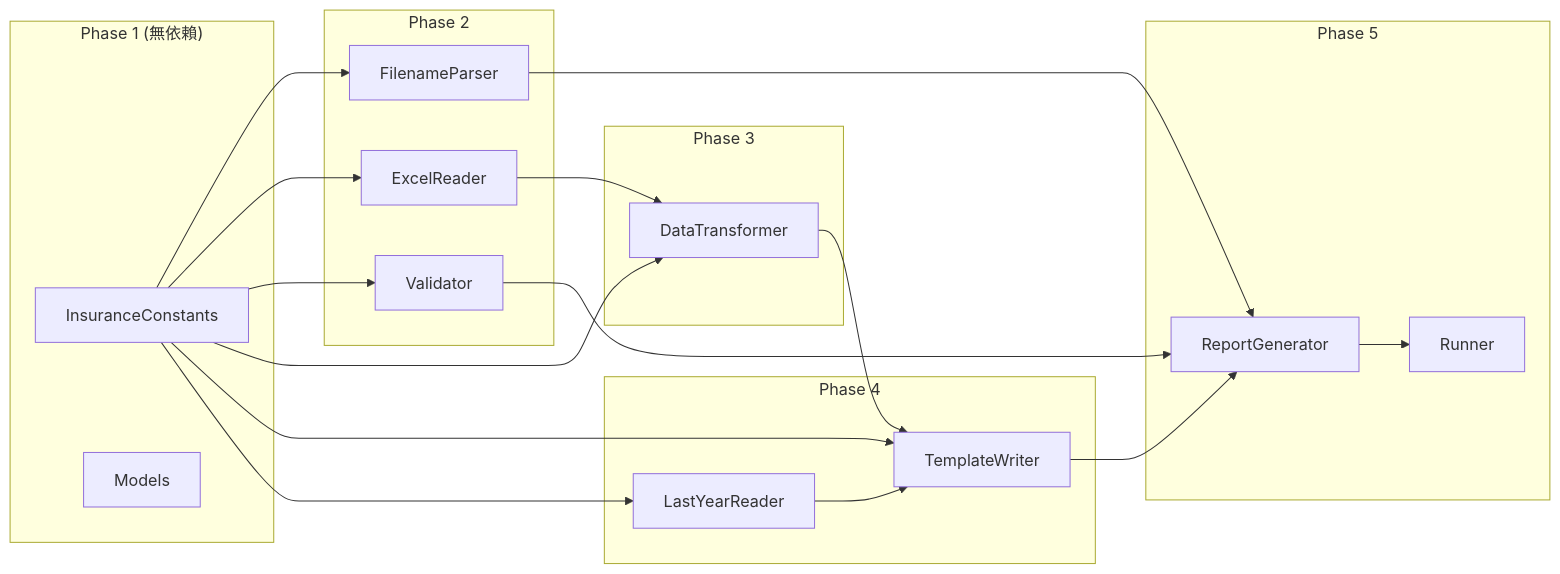
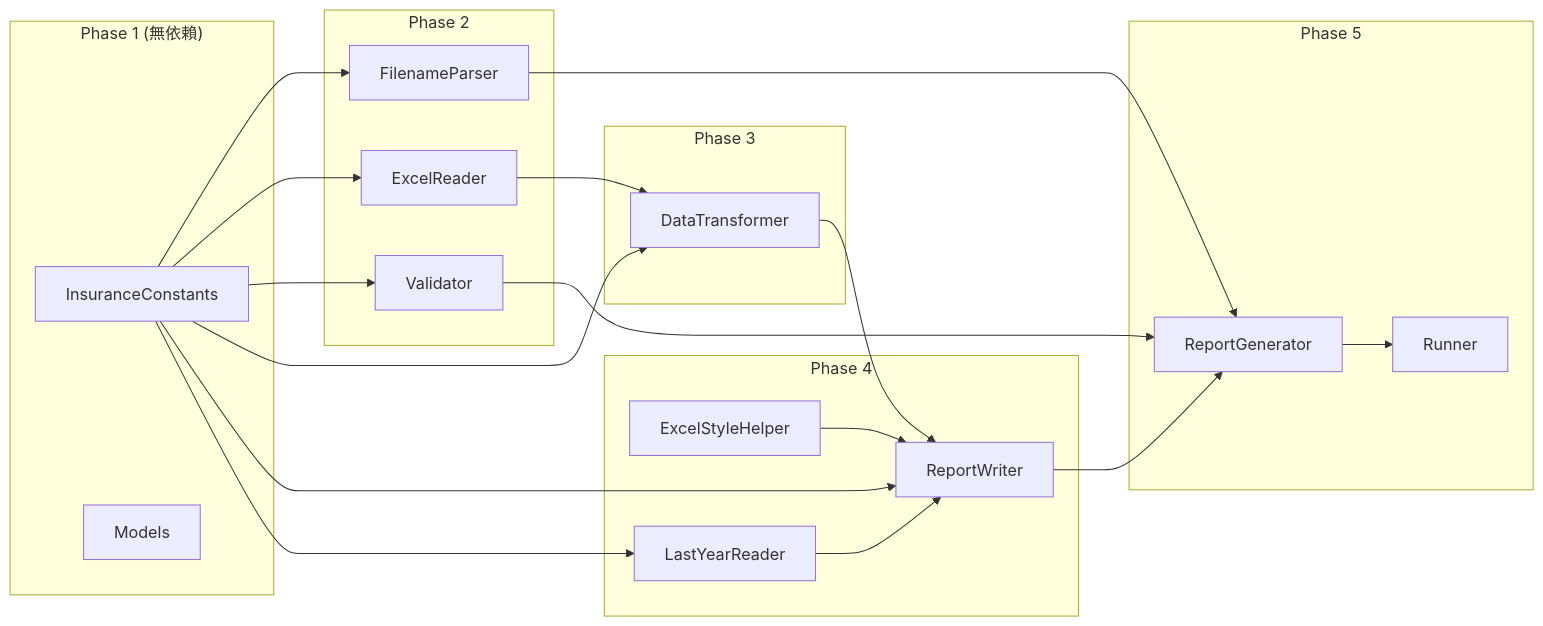
One commit to seawaterfoods/retained-premium-report-transformer changed the second of 2 diagrams in docs/06-模組架構與類別圖.md. Above: the diagram before and after it, drawn with Mermaid. The commit also changed other lines of this file and 11 other files, not shown here.

First line of the commit message:
docs: remove template references, reflect programmatic report generation

````diff
--- a/docs/06-模組架構與類別圖.md
+++ b/docs/06-模組架構與類別圖.md
@@ -117,41 +126,43 @@
 ```mermaid
 graph LR
     subgraph Phase1["Phase 1 (無依賴)"]
         IC["InsuranceConstants"]
         MOD["Models"]
     end
 
     subgraph Phase2["Phase 2"]
         FP["FilenameParser"]
         ER["ExcelReader"]
         VS["Validator"]
     end
 
     subgraph Phase3["Phase 3"]
         DT["DataTransformer"]
     end
 
     subgraph Phase4["Phase 4"]
-        TW["TemplateWriter"]
+        RW["ReportWriter"]
+        ESH["ExcelStyleHelper"]
         LY["LastYearReader"]
     end
 
     subgraph Phase5["Phase 5"]
         GEN["ReportGenerator"]
         RUN["Runner"]
     end
 
     IC --> FP
     IC --> ER
     IC --> VS
     IC --> DT
-    IC --> TW
+    IC --> RW
     IC --> LY
     ER --> DT
-    DT --> TW
-    LY --> TW
+    DT --> RW
+    LY --> RW
+    ESH --> RW
     FP --> GEN
-    TW --> GEN
+    RW --> GEN
     VS --> GEN
     GEN --> RUN
 ```
````
